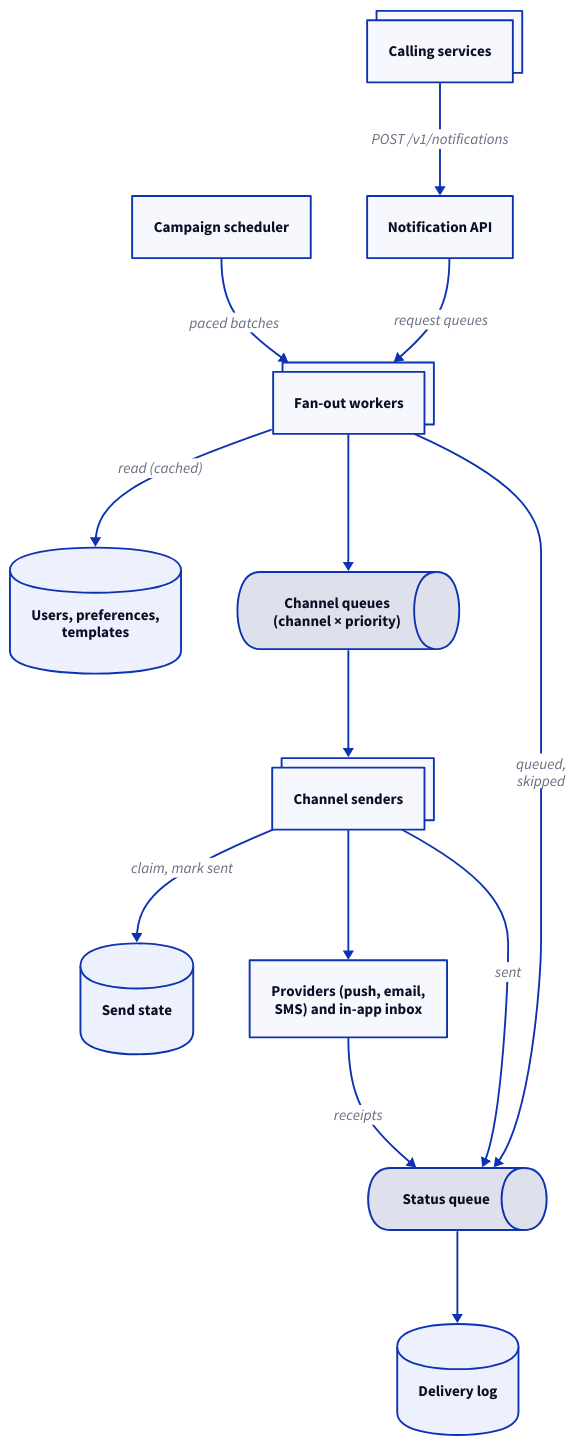
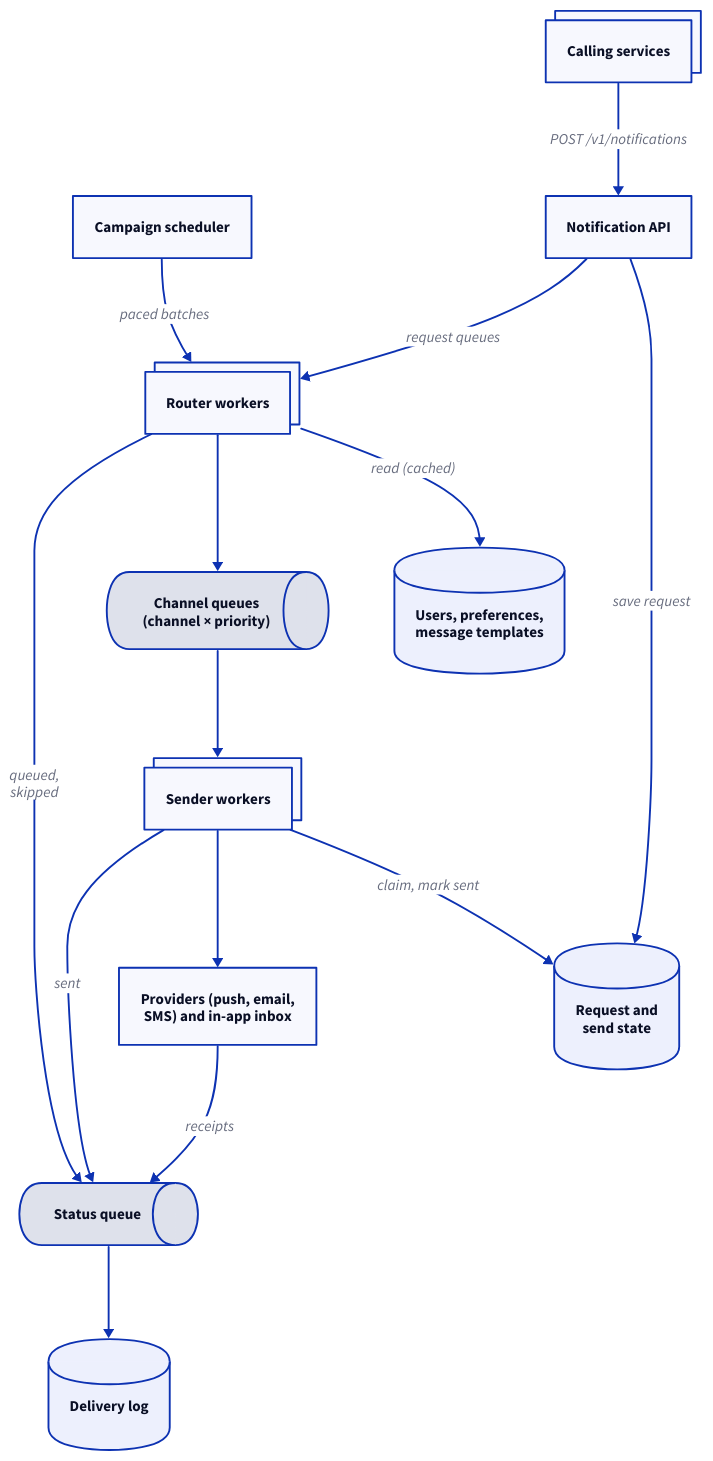
One commit to enbattle/til changed the diagram in src/system-design/diagrams/notification-system/architecture.d2. Above: the diagram before and after it, drawn with D2. The commit also changed 18 other files, not shown here.

```diff
--- a/src/system-design/diagrams/notification-system/architecture.d2
+++ b/src/system-design/diagrams/notification-system/architecture.d2
@@ -1,45 +1,47 @@
 # High-level architecture of the notification system: requests and campaigns
-# fan out into per-channel, per-priority queues; senders call the providers or
-# the in-app inbox; status events flow through a queue into the delivery log.
+# reach router workers, which put sends on per-channel, per-priority queues;
+# sender workers call the providers or the in-app inbox; status events flow
+# through a queue into the delivery log.
 direction: down
 
 services: Calling services {
   style.multiple: true
 }
 campaigns: Campaign scheduler
 api: Notification API
-fanout: Fan-out workers {
+routers: Router workers {
   style.multiple: true
 }
-userdata: "Users, preferences,\ntemplates" {
+userdata: "Users, preferences,\nmessage templates" {
+  shape: cylinder
+}
+state: "Request and\nsend state" {
   shape: cylinder
 }
 channelq: "Channel queues\n(channel × priority)" {
   shape: queue
 }
-senders: Channel senders {
+senders: Sender workers {
   style.multiple: true
-}
-sendstate: Send state {
-  shape: cylinder
 }
 providers: "Providers (push, email,\nSMS) and in-app inbox"
 statusq: Status queue {
   shape: queue
 }
 log: Delivery log {
   shape: cylinder
 }
 
 services -> api: "POST /v1/notifications"
-api -> fanout: "request queues"
-campaigns -> fanout: "paced batches"
-fanout -> userdata: "read (cached)"
-fanout -> channelq
-fanout -> statusq: "queued,\nskipped"
+api -> state: "save request"
+api -> routers: "request queues"
+campaigns -> routers: "paced batches"
+routers -> userdata: "read (cached)"
+routers -> channelq
+routers -> statusq: "queued,\nskipped"
 channelq -> senders
-senders -> sendstate: "claim, mark sent"
+senders -> state: "claim, mark sent"
 senders -> providers
 senders -> statusq: "sent"
 providers -> statusq: "receipts"
 statusq -> log
```
